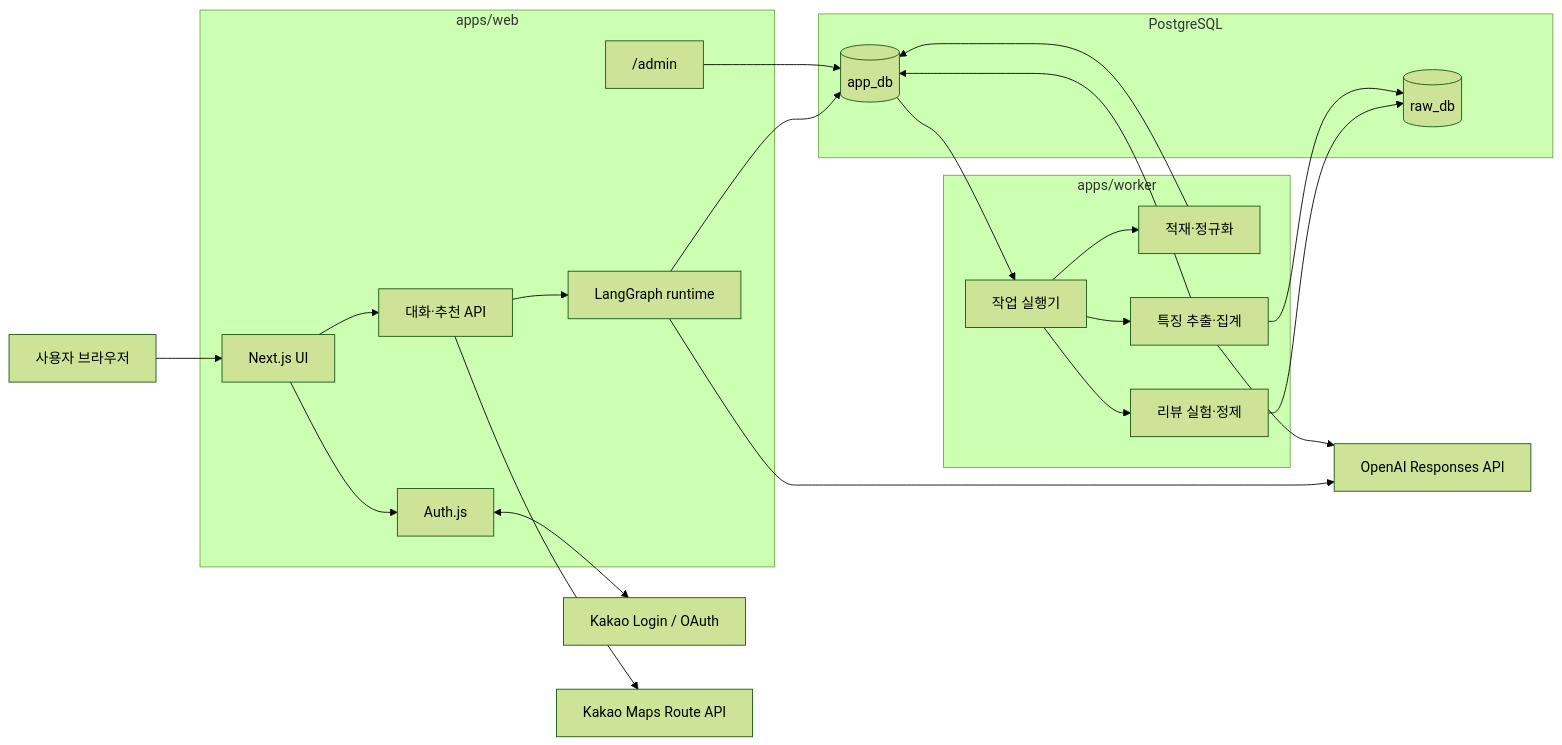
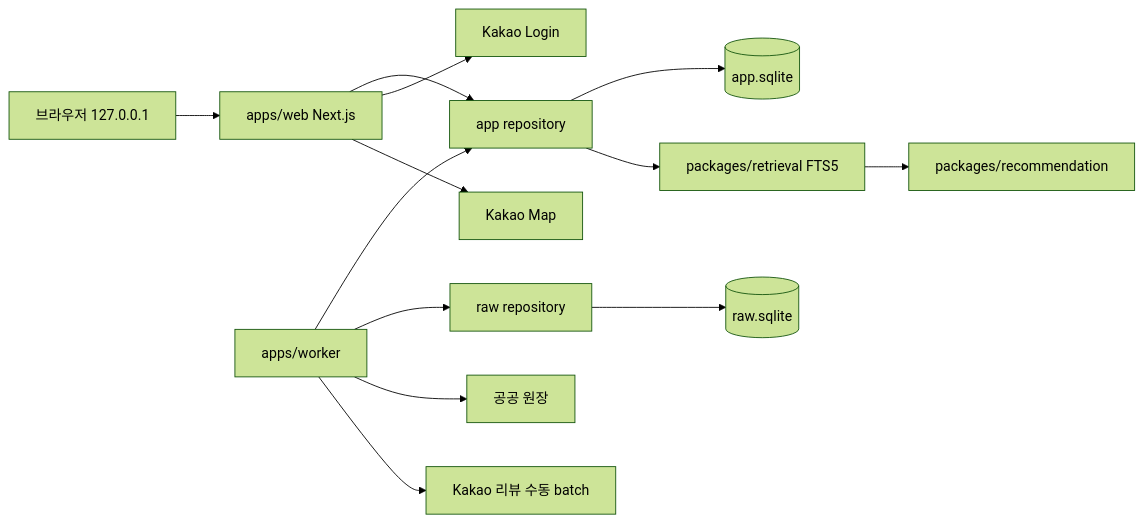
The first of 3 diagrams in docs/04-architecture/system-architecture.md (minhyeok328/Bread_map), drawn with Mermaid (forest theme) before and after one commit. The commit also changed other lines of this file and 1 other file, not shown here.

Commit message:
docs(architecture): align local SQLite boundaries

````diff
--- a/docs/04-architecture/system-architecture.md
+++ b/docs/04-architecture/system-architecture.md
@@ -23,46 +25,15 @@
 ```mermaid
 flowchart LR
-    U["사용자 브라우저"]
-    A["Kakao Login / OAuth"]
-    K["Kakao Maps Route API"]
-    O["OpenAI Responses API"]
-
-    subgraph WEB["apps/web"]
-      UI["Next.js UI"]
-      AUTH["Auth.js"]
-      API["대화·추천 API"]
-      GRAPH["LangGraph runtime"]
-      ADMIN["/admin"]
-    end
-
-    subgraph DATA["PostgreSQL"]
-      APP[("app_db")]
-      RAW[("raw_db")]
-    end
-
-    subgraph WORKER["apps/worker"]
-      JOB["작업 실행기"]
-      INGEST["적재·정규화"]
-      REVIEW["리뷰 실험·정제"]
-      EXTRACT["특징 추출·집계"]
-    end
-
-    U --> UI
-    UI --> AUTH
-    AUTH <--> A
-    UI --> API
-    API --> GRAPH
-    GRAPH --> APP
-    API --> K
-    GRAPH --> O
-    ADMIN --> APP
-    APP --> JOB
-    JOB --> INGEST
-    JOB --> REVIEW
-    JOB --> EXTRACT
-    INGEST --> APP
-    REVIEW --> RAW
-    EXTRACT --> RAW
-    EXTRACT --> O
-    EXTRACT --> APP
+    Browser["브라우저 127.0.0.1"] --> Web["apps/web Next.js"]
+    Web --> AppRepo["app repository"]
+    AppRepo --> AppDB[("app.sqlite")]
+    AppRepo --> Retrieval["packages/retrieval FTS5"]
+    Retrieval --> Recommendation["packages/recommendation"]
+    Worker["apps/worker"] --> AppRepo
+    Worker --> RawRepo["raw repository"]
+    RawRepo --> RawDB[("raw.sqlite")]
+    Worker --> Public["공공 원장"]
+    Worker --> KakaoReview["Kakao 리뷰 수동 batch"]
+    Web --> KakaoLogin["Kakao Login"]
+    Web --> KakaoMap["Kakao Map"]
 ```
````
